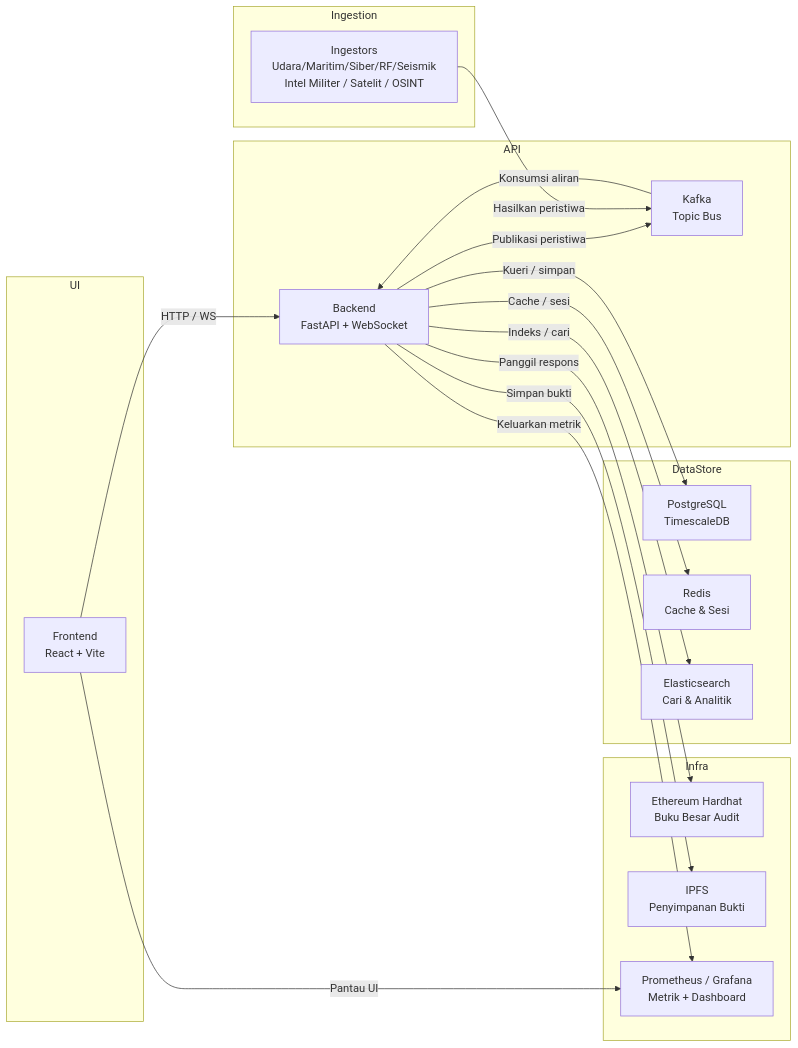
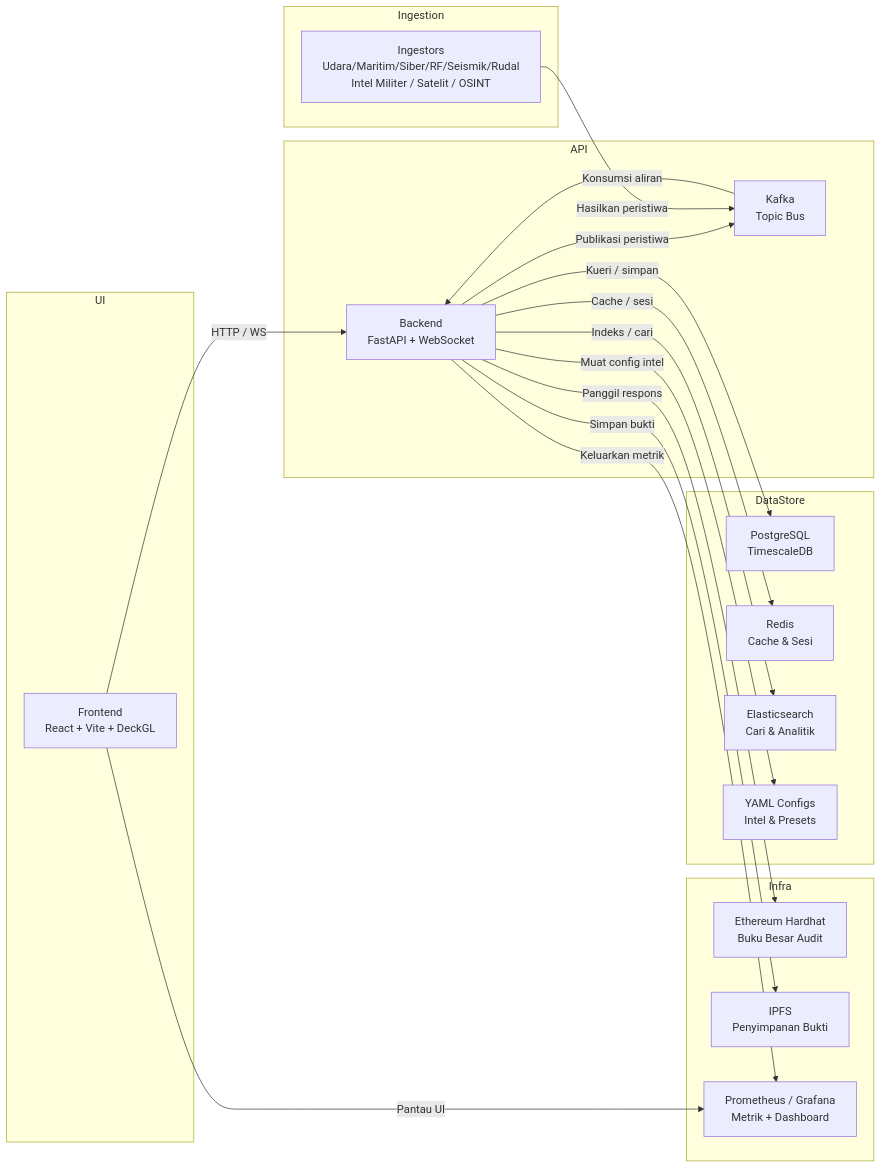
The third of 3 diagrams in README.md (wi5nuu/SENTINEL-X-X-Domain-Threat-Fusion-Platform), drawn with Mermaid before and after one commit. The commit also changed other lines of this file, not shown here.

Commit message:
docs: update architecture diagrams to reflect missile ingestor and YAML configs

````diff
--- a/README.md
+++ b/README.md
@@ -381,39 +388,41 @@
 ```mermaid
 flowchart LR
     subgraph UI
-        Frontend["Frontend\nReact + Vite"]
+        Frontend["Frontend\nReact + Vite + DeckGL"]
     end
 
     subgraph API
         Backend["Backend\nFastAPI + WebSocket"]
         Kafka["Kafka\nTopic Bus"]
     end
 
     subgraph DataStore
         Postgres["PostgreSQL\nTimescaleDB"]
         Redis["Redis\nCache & Sesi"]
         Elastic["Elasticsearch\nCari & Analitik"]
+        YAML["YAML Configs\nIntel & Presets"]
     end
 
     subgraph Infra
         Blockchain["Ethereum Hardhat\nBuku Besar Audit"]
         IPFS["IPFS\nPenyimpanan Bukti"]
         Monitoring["Prometheus / Grafana\nMetrik + Dashboard"]
     end
 
     subgraph Ingestion
-        Ingestors["Ingestors\nUdara/Maritim/Siber/RF/Seismik\nIntel Militer / Satelit / OSINT"]
+        Ingestors["Ingestors\nUdara/Maritim/Siber/RF/Seismik/Rudal\nIntel Militer / Satelit / OSINT"]
     end
 
     Frontend -->|HTTP / WS| Backend
     Backend -->|Publikasi peristiwa| Kafka
     Ingestors -->|Hasilkan peristiwa| Kafka
     Backend -->|Kueri / simpan| Postgres
     Backend -->|Cache / sesi| Redis
     Backend -->|Indeks / cari| Elastic
+    Backend -->|Muat config intel| YAML
     Backend -->|Keluarkan metrik| Monitoring
     Backend -->|Panggil respons| Blockchain
     Backend -->|Simpan bukti| IPFS
     Kafka -->|Konsumsi aliran| Backend
     Frontend -->|Pantau UI| Monitoring
 ```
````
